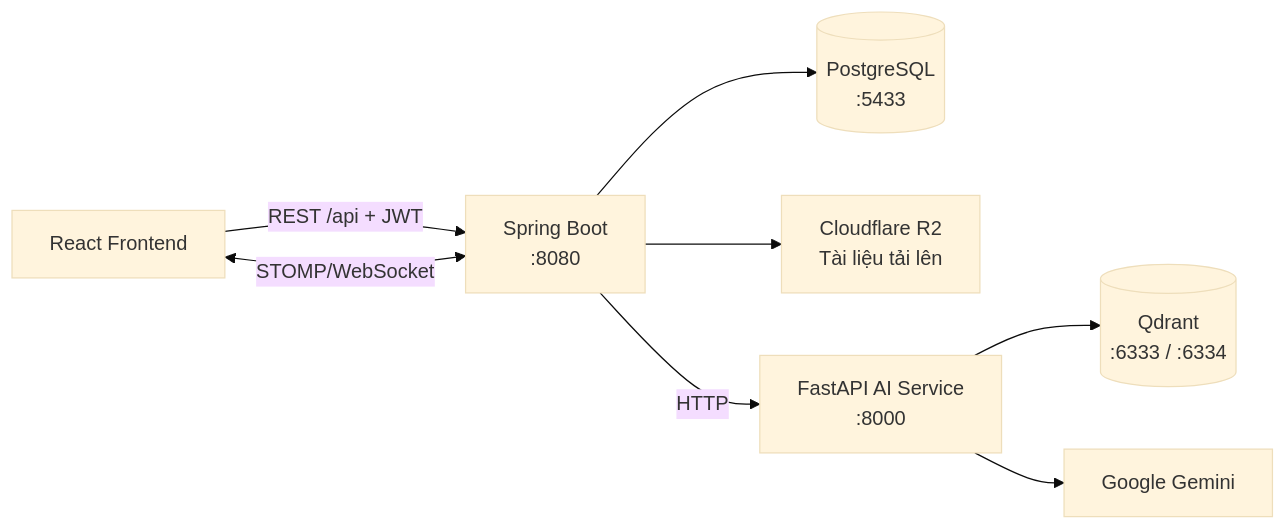
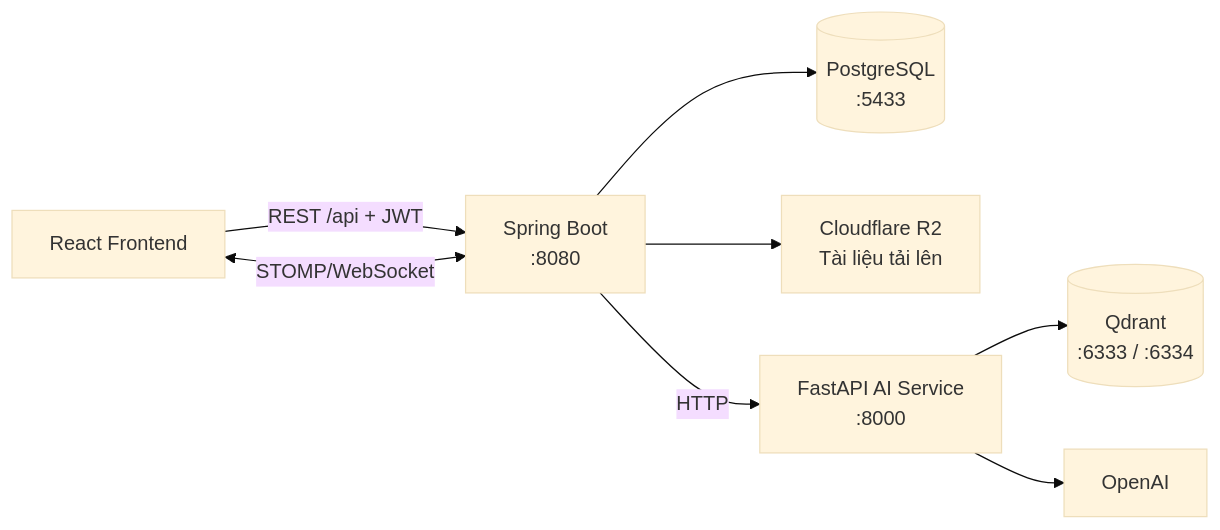
The first of 2 diagrams in README.md (NHACTAOHOCBAI/mora-backend), drawn with Mermaid (base theme) before and after one commit. The commit also changed other lines of this file and 26 other files, not shown here.

````diff
--- a/README.md
+++ b/README.md
@@ -7,10 +7,10 @@
 ```mermaid
 flowchart LR
   FE[React Frontend] -->|REST /api + JWT| BE[Spring Boot\n:8080]
   FE <-->|STOMP/WebSocket| BE
   BE --> PG[(PostgreSQL\n:5433)]
   BE --> R2[Cloudflare R2\nTài liệu tải lên]
   BE -->|HTTP| AI[FastAPI AI Service\n:8000]
   AI --> Q[(Qdrant\n:6333 / :6334)]
-  AI --> Gemini[Google Gemini]
+  AI --> OpenAI[OpenAI]
 ```
````
